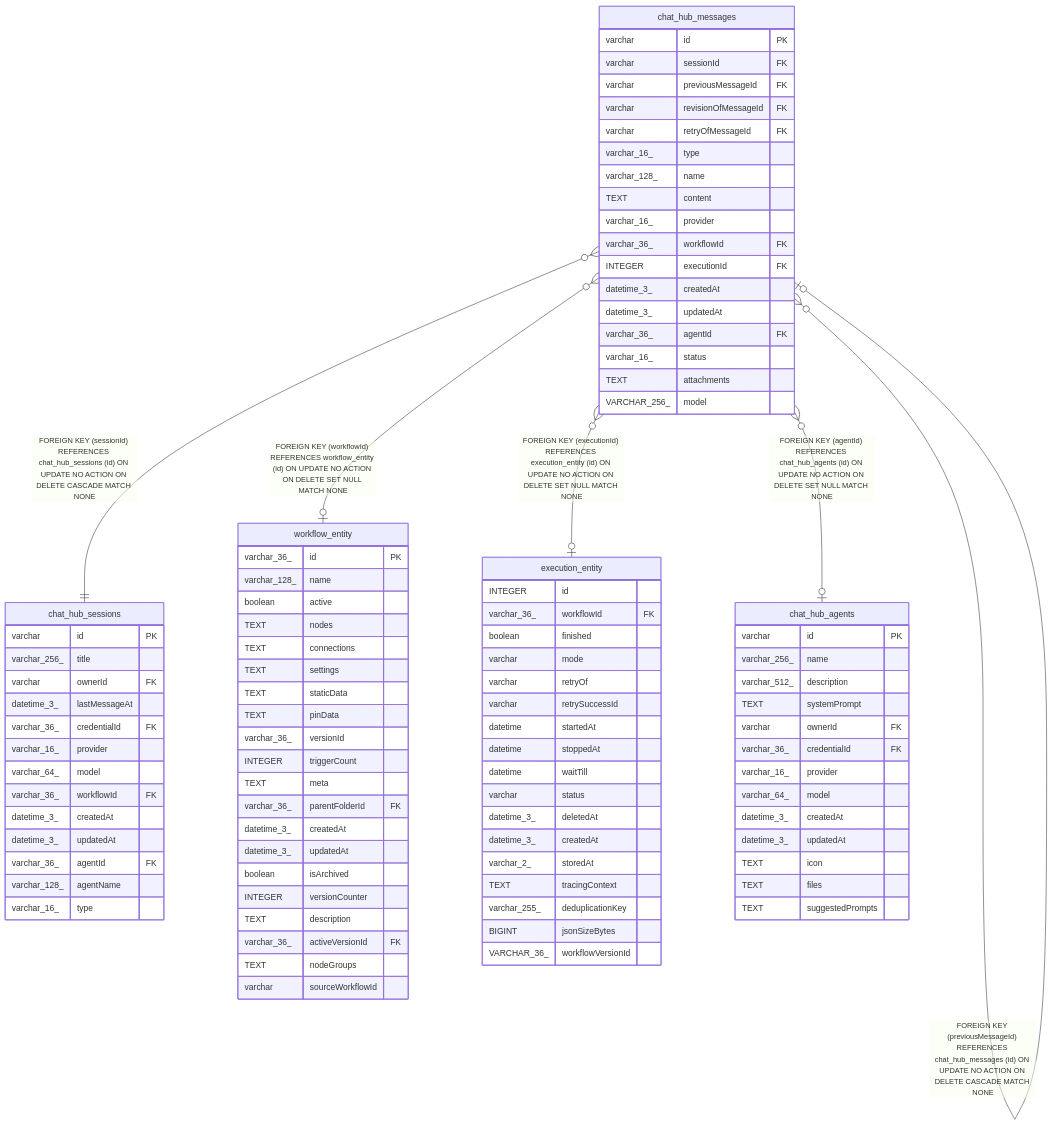
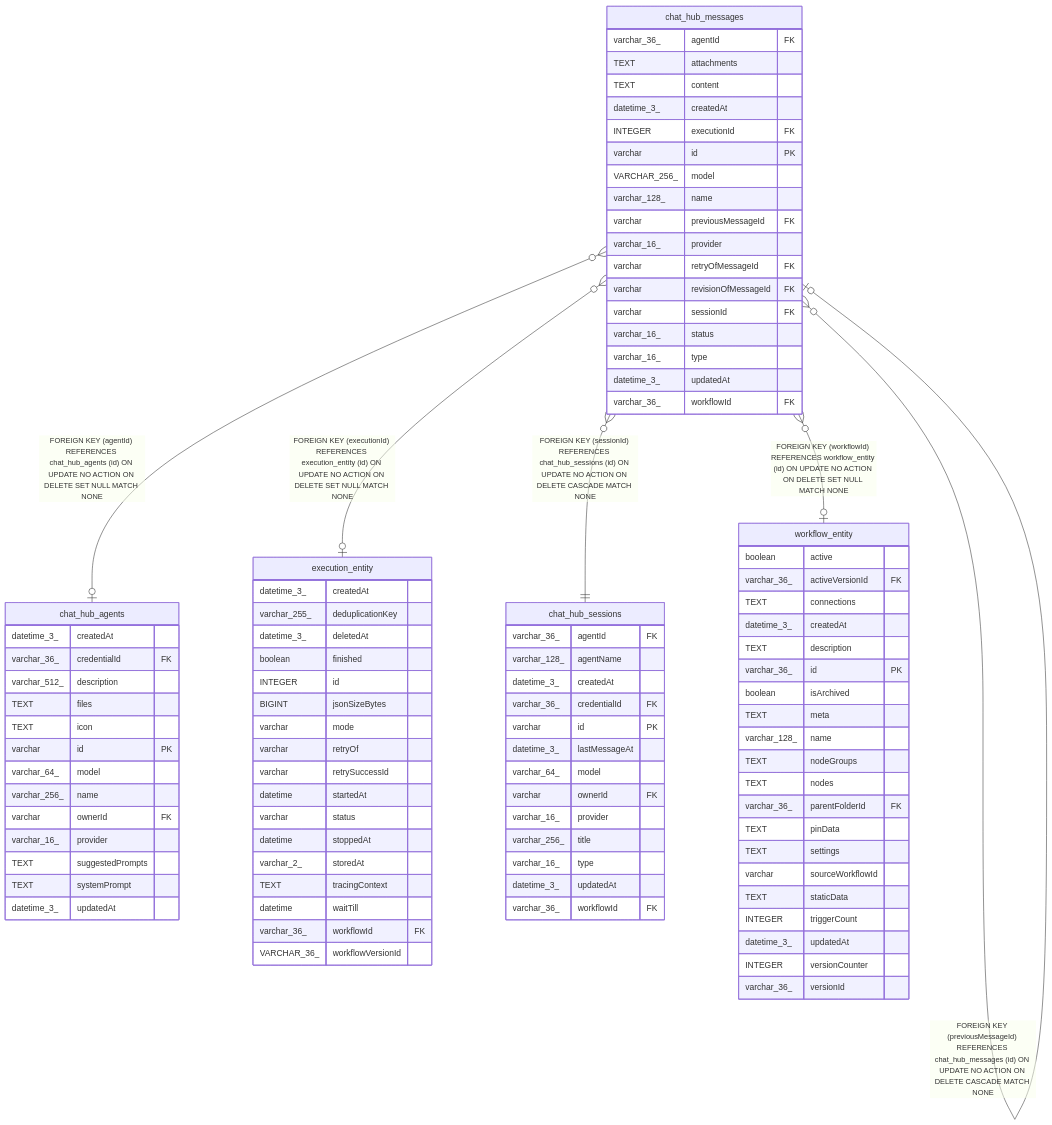
Before and after one commit to mayankjain1815-commits/n8n: the diagram in docs/generated/sqlite-schema/chat_hub_messages.md, drawn with Mermaid. The commit also changed other lines of this file and 221 other files, not shown here.

Commit message:
chore(core): Make DB schema docs generation deterministic (#32373)

````diff
--- a/docs/generated/sqlite-schema/chat_hub_messages.md
+++ b/docs/generated/sqlite-schema/chat_hub_messages.md
@@ -59,102 +59,102 @@
 ```mermaid
 erDiagram
 
+"chat_hub_messages" }o--o| "chat_hub_agents" : "FOREIGN KEY (agentId) REFERENCES chat_hub_agents (id) ON UPDATE NO ACTION ON DELETE SET NULL MATCH NONE"
+"chat_hub_messages" }o--o| "execution_entity" : "FOREIGN KEY (executionId) REFERENCES execution_entity (id) ON UPDATE NO ACTION ON DELETE SET NULL MATCH NONE"
 "chat_hub_messages" }o--o| "chat_hub_messages" : "FOREIGN KEY (revisionOfMessageId) REFERENCES chat_hub_messages (id) ON UPDATE NO ACTION ON DELETE CASCADE MATCH NONE"
 "chat_hub_messages" }o--o| "chat_hub_messages" : "FOREIGN KEY (retryOfMessageId) REFERENCES chat_hub_messages (id) ON UPDATE NO ACTION ON DELETE CASCADE MATCH NONE"
 "chat_hub_messages" }o--o| "chat_hub_messages" : "FOREIGN KEY (previousMessageId) REFERENCES chat_hub_messages (id) ON UPDATE NO ACTION ON DELETE CASCADE MATCH NONE"
 "chat_hub_messages" }o--|| "chat_hub_sessions" : "FOREIGN KEY (sessionId) REFERENCES chat_hub_sessions (id) ON UPDATE NO ACTION ON DELETE CASCADE MATCH NONE"
 "chat_hub_messages" }o--o| "workflow_entity" : "FOREIGN KEY (workflowId) REFERENCES workflow_entity (id) ON UPDATE NO ACTION ON DELETE SET NULL MATCH NONE"
-"chat_hub_messages" }o--o| "execution_entity" : "FOREIGN KEY (executionId) REFERENCES execution_entity (id) ON UPDATE NO ACTION ON DELETE SET NULL MATCH NONE"
-"chat_hub_messages" }o--o| "chat_hub_agents" : "FOREIGN KEY (agentId) REFERENCES chat_hub_agents (id) ON UPDATE NO ACTION ON DELETE SET NULL MATCH NONE"
 
 "chat_hub_messages" {
+  varchar_36_ agentId FK
+  TEXT attachments
+  TEXT content
+  datetime_3_ createdAt
+  INTEGER executionId FK
   varchar id PK
+  VARCHAR_256_ model
+  varchar_128_ name
+  varchar previousMessageId FK
+  varchar_16_ provider
+  varchar retryOfMessageId FK
+  varchar revisionOfMessageId FK
   varchar sessionId FK
-  varchar previousMessageId FK
-  varchar revisionOfMessageId FK
-  varchar retryOfMessageId FK
+  varchar_16_ status
   varchar_16_ type
-  varchar_128_ name
-  TEXT content
+  datetime_3_ updatedAt
+  varchar_36_ workflowId FK
+}
+"chat_hub_agents" {
+  datetime_3_ createdAt
+  varchar_36_ credentialId FK
+  varchar_512_ description
+  TEXT files
+  TEXT icon
+  varchar id PK
+  varchar_64_ model
+  varchar_256_ name
+  varchar ownerId FK
   varchar_16_ provider
-  varchar_36_ workflowId FK
-  INTEGER executionId FK
-  datetime_3_ createdAt
+  TEXT suggestedPrompts
+  TEXT systemPrompt
   datetime_3_ updatedAt
-  varchar_36_ agentId FK
-  varchar_16_ status
-  TEXT attachments
-  VARCHAR_256_ model
-}
-"chat_hub_sessions" {
-  varchar id PK
-  varchar_256_ title
-  varchar ownerId FK
-  datetime_3_ lastMessageAt
-  varchar_36_ credentialId FK
-  varchar_16_ provider
-  varchar_64_ model
-  varchar_36_ workflowId FK
-  datetime_3_ createdAt
-  datetime_3_ updatedAt
-  varchar_36_ agentId FK
-  varchar_128_ agentName
-  varchar_16_ type
-}
-"workflow_entity" {
-  varchar_36_ id PK
-  varchar_128_ name
-  boolean active
-  TEXT nodes
-  TEXT connections
-  TEXT settings
-  TEXT staticData
-  TEXT pinData
-  varchar_36_ versionId
-  INTEGER triggerCount
-  TEXT meta
-  varchar_36_ parentFolderId FK
-  datetime_3_ createdAt
-  datetime_3_ updatedAt
-  boolean isArchived
-  INTEGER versionCounter
-  TEXT description
-  varchar_36_ activeVersionId FK
-  TEXT nodeGroups
-  varchar sourceWorkflowId
 }
 "execution_entity" {
+  datetime_3_ createdAt
+  varchar_255_ deduplicationKey
+  datetime_3_ deletedAt
+  boolean finished
   INTEGER id
-  varchar_36_ workflowId FK
-  boolean finished
+  BIGINT jsonSizeBytes
   varchar mode
   varchar retryOf
   varchar retrySuccessId
   datetime startedAt
+  varchar status
   datetime stoppedAt
-  datetime waitTill
-  varchar status
-  datetime_3_ deletedAt
-  datetime_3_ createdAt
   varchar_2_ storedAt
   TEXT tracingContext
-  varchar_255_ deduplicationKey
-  BIGINT jsonSizeBytes
+  datetime waitTill
+  varchar_36_ workflowId FK
   VARCHAR_36_ workflowVersionId
 }
-"chat_hub_agents" {
+"chat_hub_sessions" {
+  varchar_36_ agentId FK
+  varchar_128_ agentName
+  datetime_3_ createdAt
+  varchar_36_ credentialId FK
   varchar id PK
-  varchar_256_ name
-  varchar_512_ description
-  TEXT systemPrompt
+  datetime_3_ lastMessageAt
+  varchar_64_ model
   varchar ownerId FK
-  varchar_36_ credentialId FK
   varchar_16_ provider
-  varchar_64_ model
+  varchar_256_ title
+  varchar_16_ type
+  datetime_3_ updatedAt
+  varchar_36_ workflowId FK
+}
+"workflow_entity" {
+  boolean active
+  varchar_36_ activeVersionId FK
+  TEXT connections
   datetime_3_ createdAt
+  TEXT description
+  varchar_36_ id PK
+  boolean isArchived
+  TEXT meta
+  varchar_128_ name
+  TEXT nodeGroups
+  TEXT nodes
+  varchar_36_ parentFolderId FK
+  TEXT pinData
+  TEXT settings
+  varchar sourceWorkflowId
+  TEXT staticData
+  INTEGER triggerCount
   datetime_3_ updatedAt
-  TEXT icon
-  TEXT files
-  TEXT suggestedPrompts
+  INTEGER versionCounter
+  varchar_36_ versionId
 }
 ```
````
